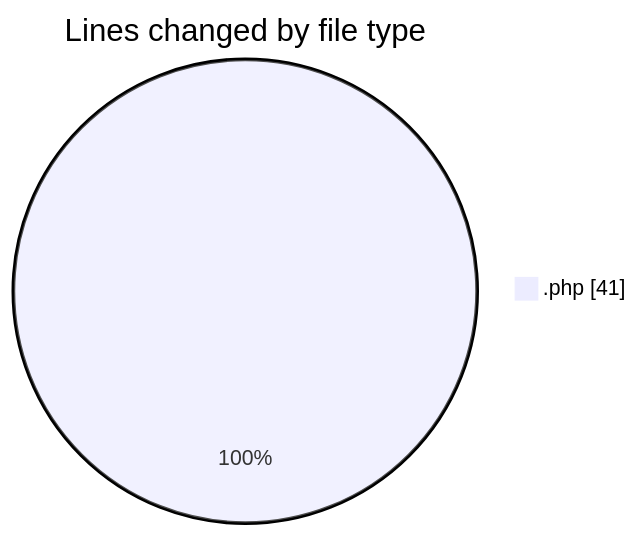
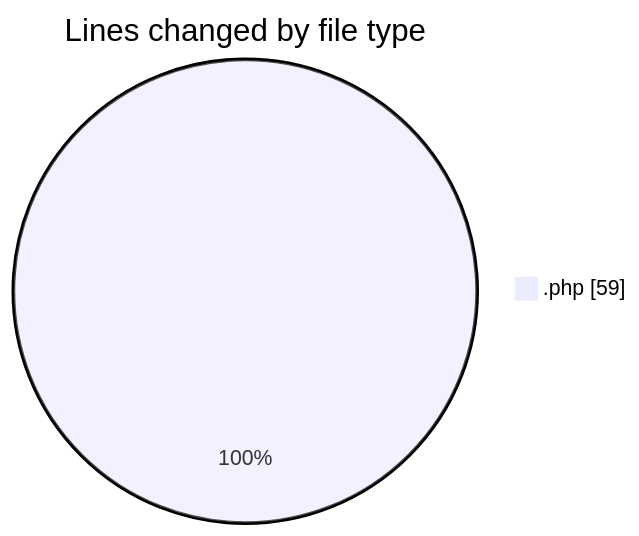
One commit to LanceThiago/code-tracking changed the first of 2 diagrams in 2025-05-14/web/README.md. Above: the diagram before and after it, drawn with Mermaid. The commit also changed other lines of this file and 1 other file, not shown here.

````diff
--- a/2025-05-14/web/README.md
+++ b/2025-05-14/web/README.md
@@ -20,5 +20,5 @@
 ```mermaid
 pie showData
 title Lines changed by file type
-".php" : 41
+".php" : 59
 ```
````
